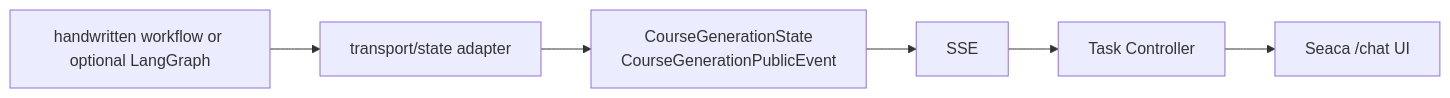
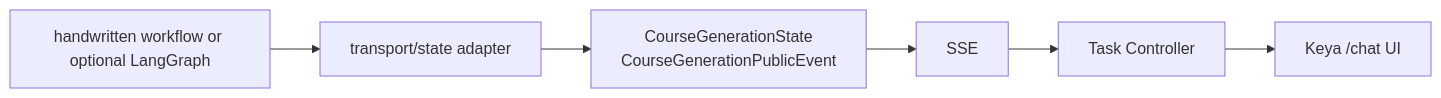
The third of 3 diagrams in docs/architecture/multi-agent-flow.md (dxj-fe/ai-course-generator), drawn with Mermaid before and after one commit. The commit also changed other lines of this file and 165 other files, not shown here.

````diff
--- a/docs/architecture/multi-agent-flow.md
+++ b/docs/architecture/multi-agent-flow.md
@@ -228,8 +228,8 @@
 ```mermaid
 flowchart LR
   Runtime["handwritten workflow or optional LangGraph"] --> Adapter["transport/state adapter"]
   Adapter --> Shared["CourseGenerationState<br/>CourseGenerationPublicEvent"]
   Shared --> SSE["SSE"]
   SSE --> Controller["Task Controller"]
-  Controller --> UI["Seaca /chat UI"]
+  Controller --> UI["Keya /chat UI"]
 ```
````
